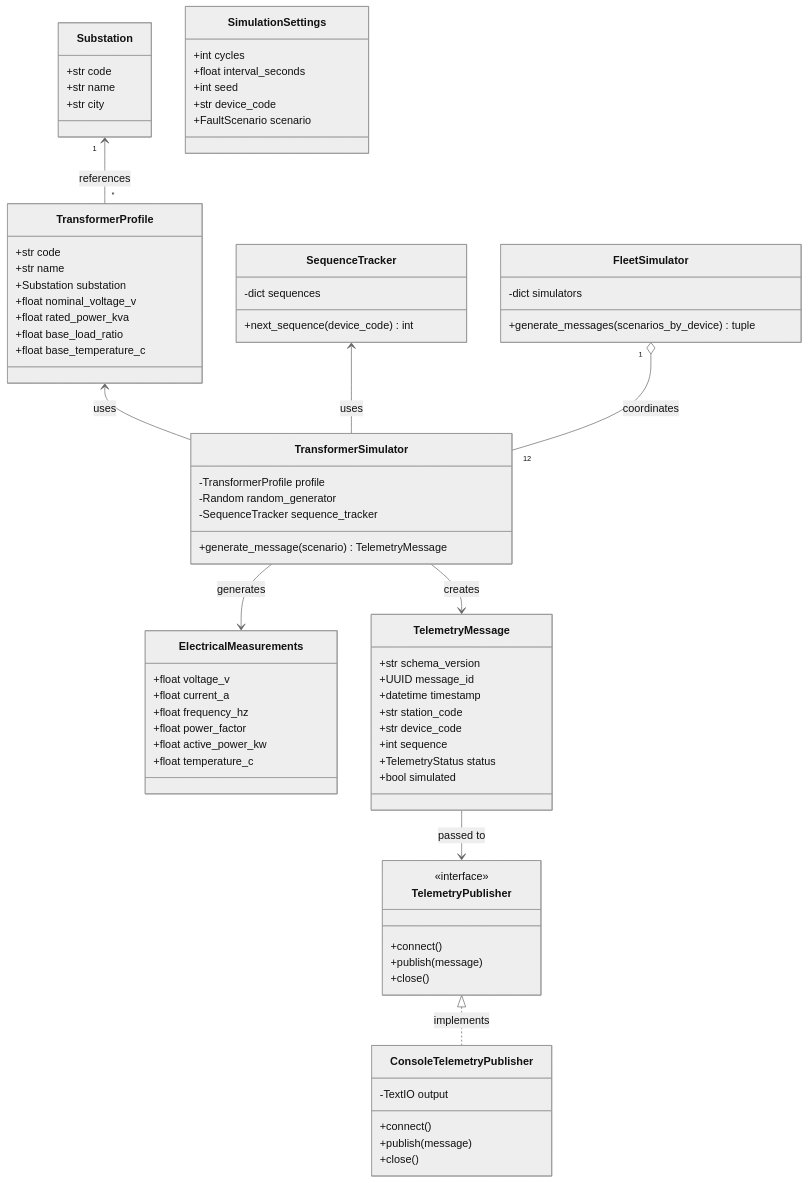
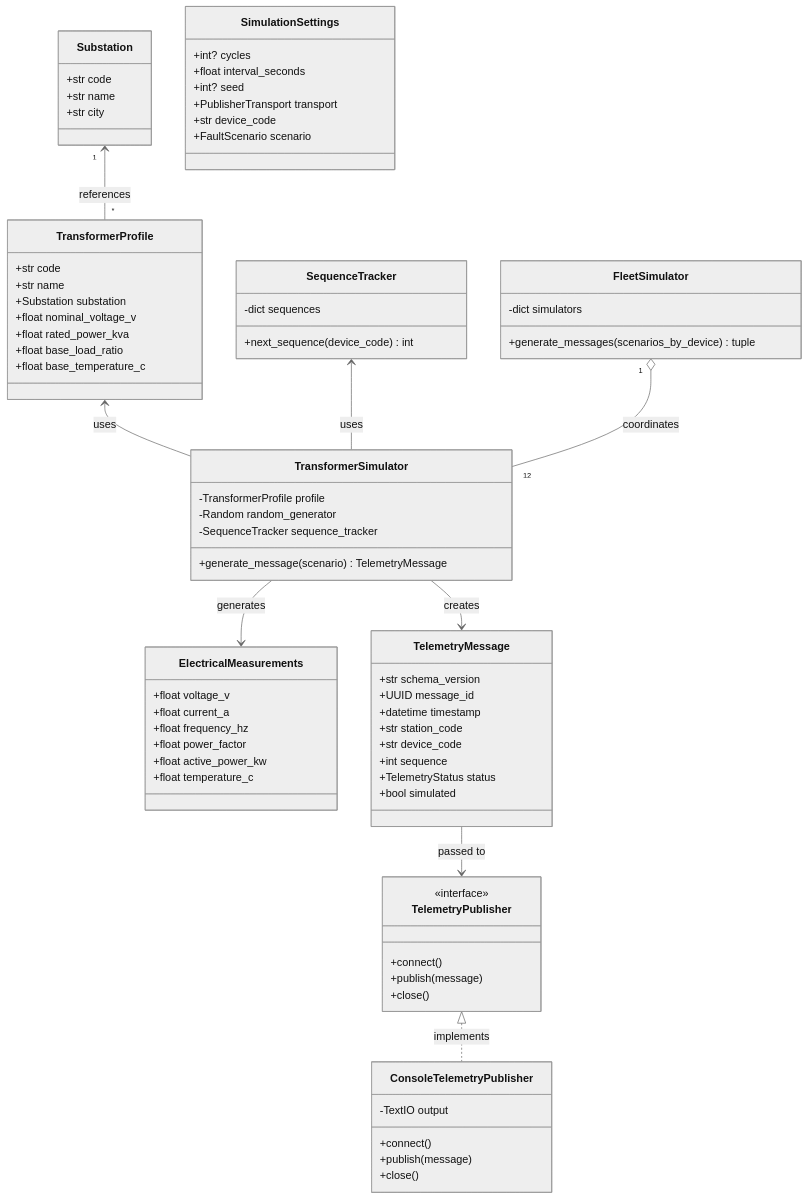
Before and after one commit to Nazar-Pichak/power-grid-telemetry-monitor: the second of 2 diagrams in docs/simulator.md, drawn with Mermaid (neutral theme). The commit also changed other lines of this file, not shown here.

```diff
--- a/docs/simulator.md
+++ b/docs/simulator.md
@@ -253,9 +259,10 @@
     }
 
     class SimulationSettings {
-        +int cycles
+        +int? cycles
         +float interval_seconds
-        +int seed
+        +int? seed
+        +PublisherTransport transport
         +str device_code
         +FaultScenario scenario
     }
```
